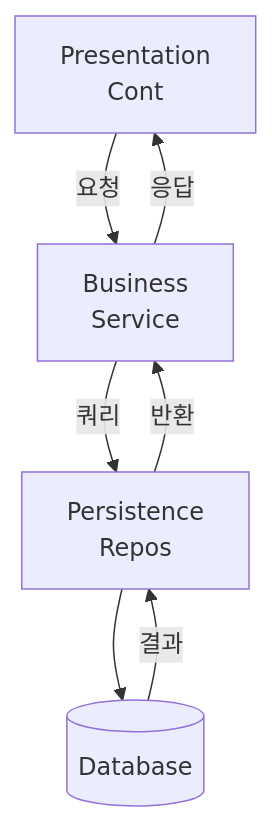
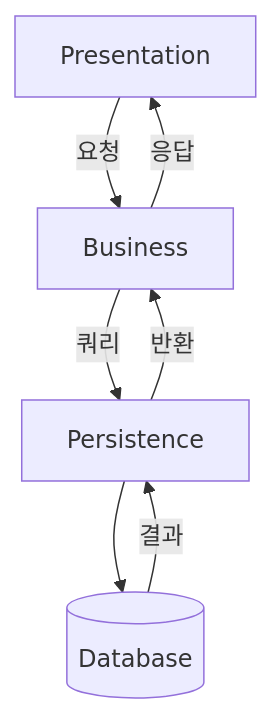
The first of 3 diagrams in _posts/architecture/2026-05-01-layered.md (yjkim2015/yjkim2015.github.io), drawn with Mermaid before and after one commit. The commit also changed other lines of this file and 217 other files, not shown here.

First line of the commit message:
Mermaid 크기 수정: useMaxWidth:true + SVG max-width:100% + 라벨 축소

````diff
--- a/_posts/architecture/2026-05-01-layered.md
+++ b/_posts/architecture/2026-05-01-layered.md
@@ -46,13 +46,13 @@
 ```mermaid
 graph TD
-    P["Presentation\nCont"]
-    B["Business\nService"]
-    Per["Persistence\nRepos"]
+    P["Presentation"]
+    B["Business"]
+    Per["Persistence"]
     DB[("Database")]
     P -->|"요청"| B
     B -->|"쿼리"| Per
     Per --> DB
     DB -->|"결과"| Per
     Per -->|"반환"| B
     B -->|"응답"| P
 ```
````
